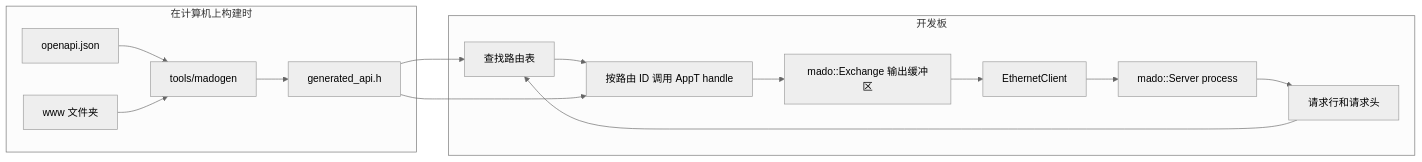
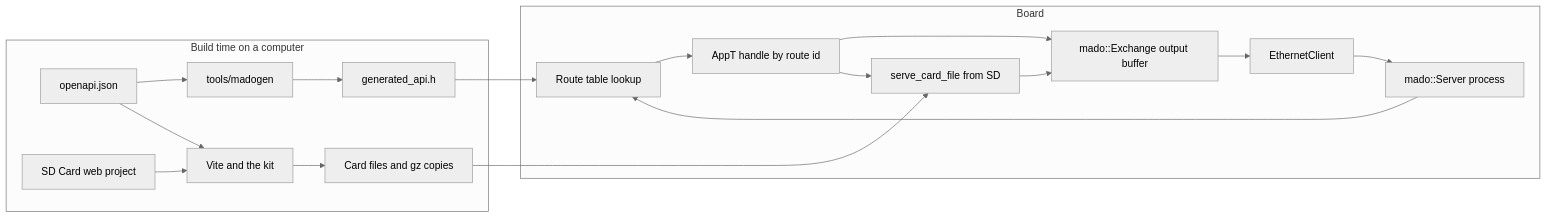
One commit to gufranco/madoguchi changed the diagram in README.zh-Hans.md. Above: the diagram before and after it, drawn with Mermaid (neutral theme). The commit also changed other lines of this file and 121 other files, not shown here.

````diff
--- a/README.zh-Hans.md
+++ b/README.zh-Hans.md
@@ -182,18 +197,21 @@
 ```mermaid
 graph LR
-    subgraph 在计算机上构建时
+    subgraph Build time on a computer
         Spec[openapi.json] --> Gen[tools/madogen]
-        Site[www 文件夹] --> Gen
         Gen --> Header[generated_api.h]
+        Pages[SD Card web project] --> Vite[Vite and the kit]
+        Spec --> Vite
+        Vite --> Card[Card files and gz copies]
     end
-    subgraph 开发板
+    subgraph Board
         Client[EthernetClient] --> Server[mado::Server process]
-        Server --> Parse[请求行和请求头]
-        Parse --> Lookup[查找路由表]
-        Lookup --> App[按路由 ID 调用 AppT handle]
-        App --> Exchange[mado::Exchange 输出缓冲区]
+        Server --> Lookup[Route table lookup]
+        Lookup --> App[AppT handle by route id]
+        App --> Exchange[mado::Exchange output buffer]
+        App --> SD[serve_card_file from SD]
+        SD --> Exchange
         Exchange --> Client
     end
     Header --> Lookup
-    Header --> App
+    Card --> SD
 ```
````
